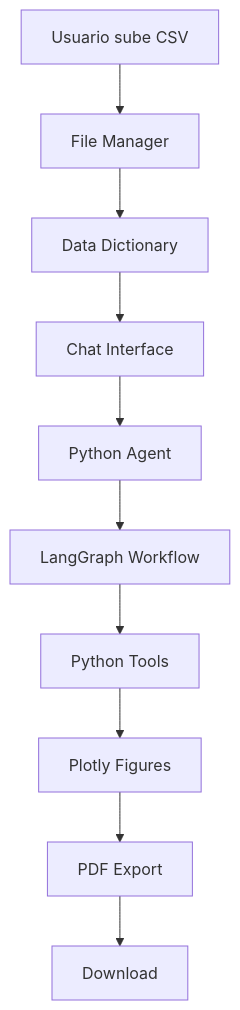
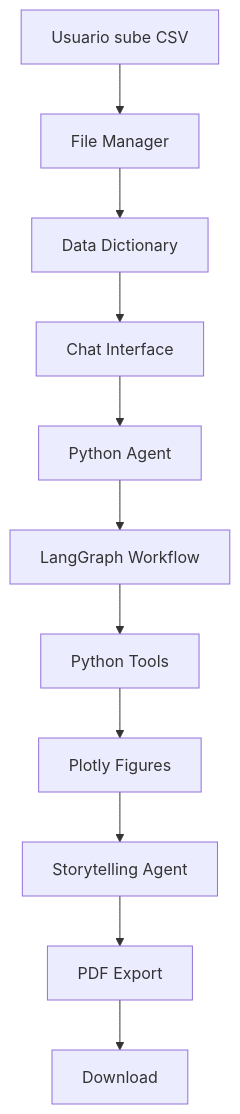
One commit to jdrincone/AgenticDataAnalysis changed the diagram in DOCUMENTATION.md. Above: the diagram before and after it, drawn with Mermaid. The commit also changed other lines of this file and 3 other files, not shown here.

````diff
--- a/DOCUMENTATION.md
+++ b/DOCUMENTATION.md
@@ -43,12 +48,13 @@
 ```mermaid
 graph TD
     A[Usuario sube CSV] --> B[File Manager]
     B --> C[Data Dictionary]
     C --> D[Chat Interface]
     D --> E[Python Agent]
     E --> F[LangGraph Workflow]
     F --> G[Python Tools]
     G --> H[Plotly Figures]
-    H --> I[PDF Export]
-    I --> J[Download]
+    H --> I[Storytelling Agent]
+    I --> J[PDF Export]
+    J --> K[Download]
 ```
````
